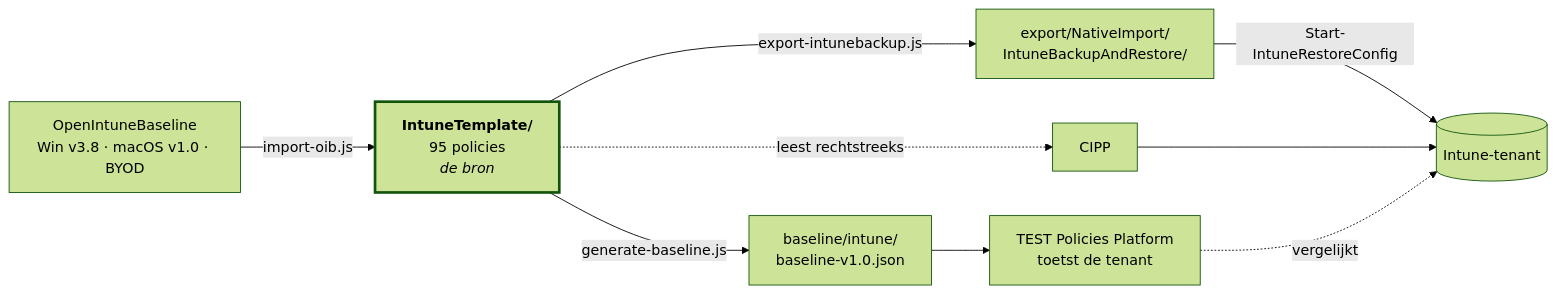
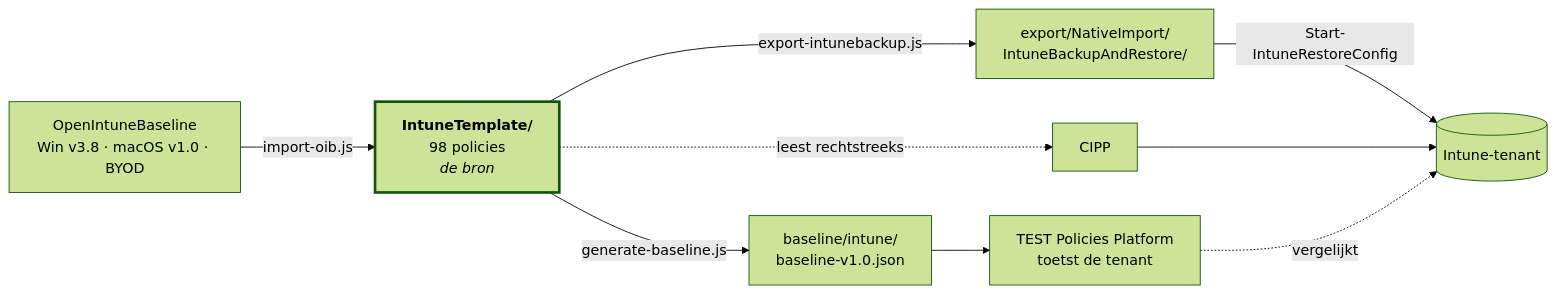
Before and after one commit to sjkanon/IntuneBackup: the diagram in README.md, drawn with Mermaid (forest theme). The commit also changed other lines of this file and 24 other files, not shown here.

````diff
--- a/README.md
+++ b/README.md
@@ -17,19 +17,19 @@
 ```mermaid
 flowchart LR
   OIB["OpenIntuneBaseline<br/>Win v3.8 · macOS v1.0 · BYOD"]
-  T["<b>IntuneTemplate/</b><br/>95 policies<br/><i>de bron</i>"]
+  T["<b>IntuneTemplate/</b><br/>98 policies<br/><i>de bron</i>"]
   BL["baseline/intune/<br/>baseline-v1.0.json"]
   EX["export/NativeImport/<br/>IntuneBackupAndRestore/"]
   TENANT[("Intune-tenant")]
 
   OIB -->|import-oib.js| T
   T -->|generate-baseline.js| BL
   T -->|export-intunebackup.js| EX
   T -.->|leest rechtstreeks| CIPP[CIPP]
   BL --> PLAT["TEST Policies Platform<br/>toetst de tenant"]
   EX -->|Start-IntuneRestoreConfig| TENANT
   CIPP --> TENANT
   PLAT -.->|vergelijkt| TENANT
 
   style T stroke-width:3px
 ```
````
